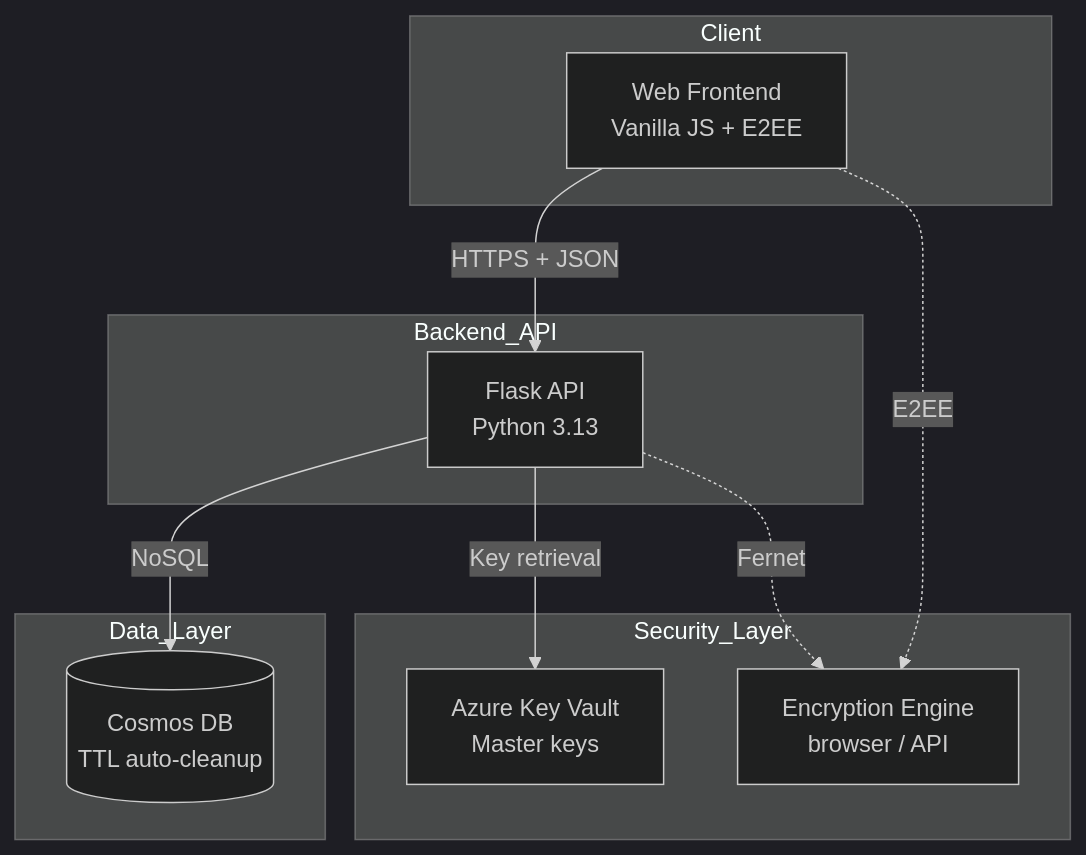
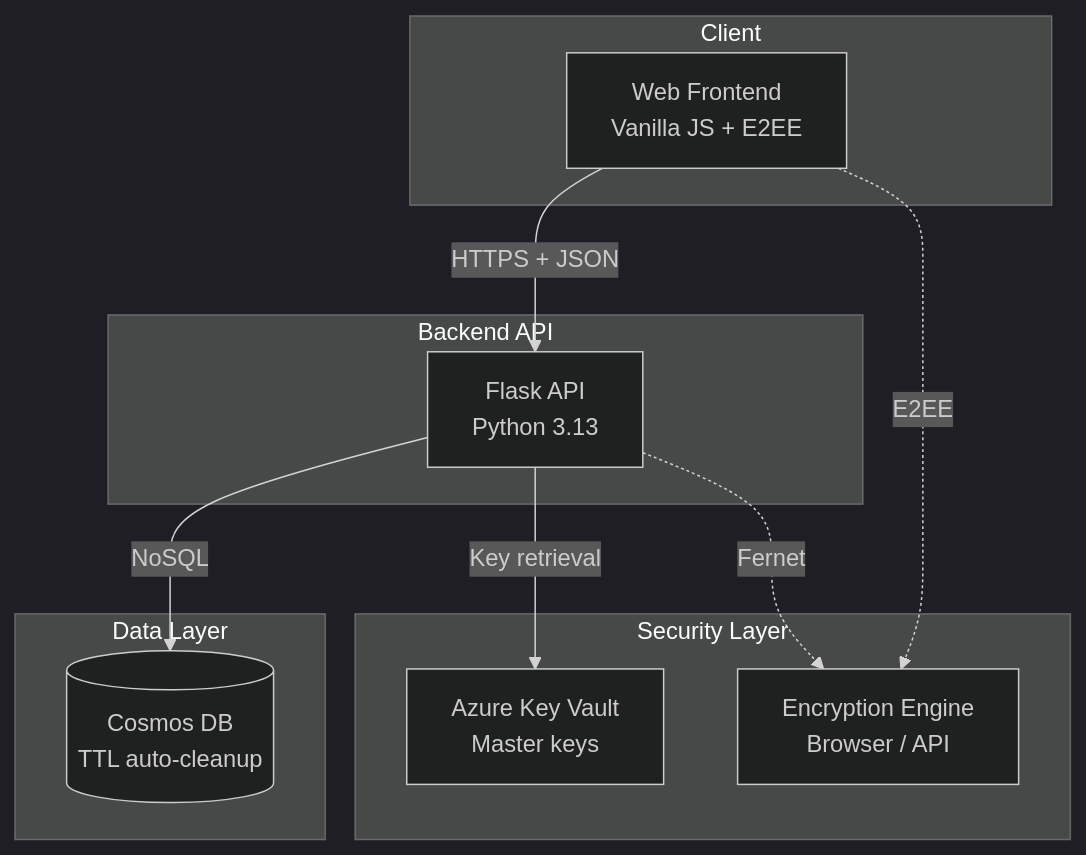
Before and after one commit to tiagonunes1491/Transio: the first of 5 diagrams in docs/architecture.md, drawn with Mermaid (dark theme). The commit also changed other lines of this file and 1 other file, not shown here.

Commit message:
refactor: improve diagram formatting and alignment in architecture.md

````diff
--- a/docs/architecture.md
+++ b/docs/architecture.md
@@ -12,22 +12,28 @@
 ```mermaid
 graph TB
-  subgraph Client
-    UI["Web Frontend<br/>Vanilla JS + E2EE"]
-  end
-  subgraph Backend_API
-    API["Flask API<br/>Python 3.13"]
-  end
-  subgraph Data_Layer
-    DB[(Cosmos DB<br/>TTL auto-cleanup)]
-  end
-  subgraph Security_Layer
-    KV["Azure Key Vault<br/>Master keys"]
-    ENC["Encryption Engine<br/>browser / API"]
+  %% ─── Sub-graphs ──────────────────────────
+  subgraph "Client"
+    UI["Web Frontend<br>Vanilla JS + E2EE"]
   end
 
-  UI -->|HTTPS + JSON| API
+  subgraph "Backend API"
+    API["Flask API<br>Python 3.13"]
+  end
+
+  subgraph "Data Layer"
+    DB[(Cosmos DB<br>TTL auto-cleanup)]
+  end
+
+  subgraph "Security Layer"
+    KV["Azure Key Vault<br>Master keys"]
+    ENC["Encryption Engine<br>Browser / API"]
+  end
+
+  %% ─── Data-flow links ─────────────────────
+  UI  -->|HTTPS + JSON| API
   API -->|NoSQL| DB
   API -->|Key retrieval| KV
-  UI -.->|E2EE| ENC
+  UI  -.->|E2EE| ENC
   API -.->|Fernet| ENC
+
   ```
````
